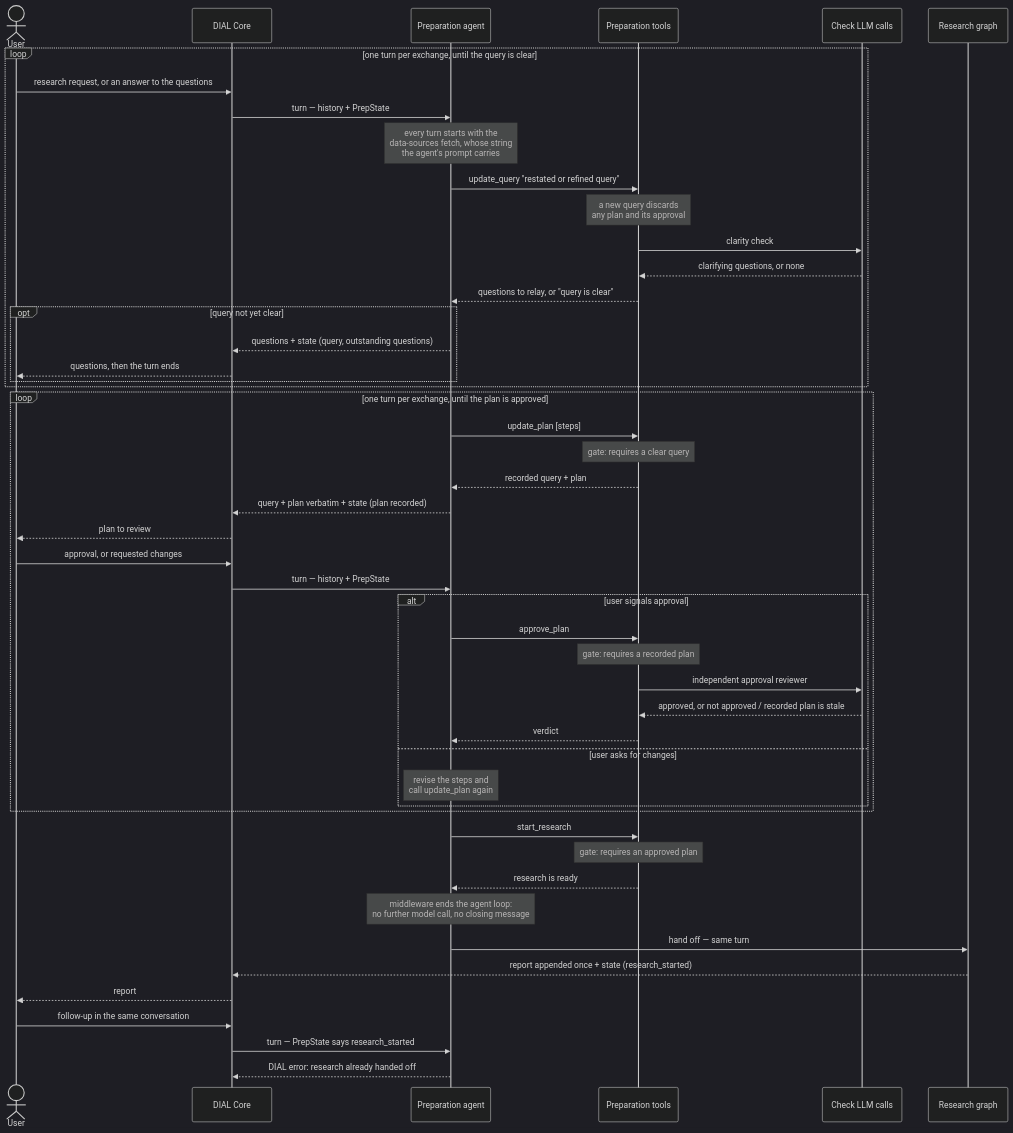
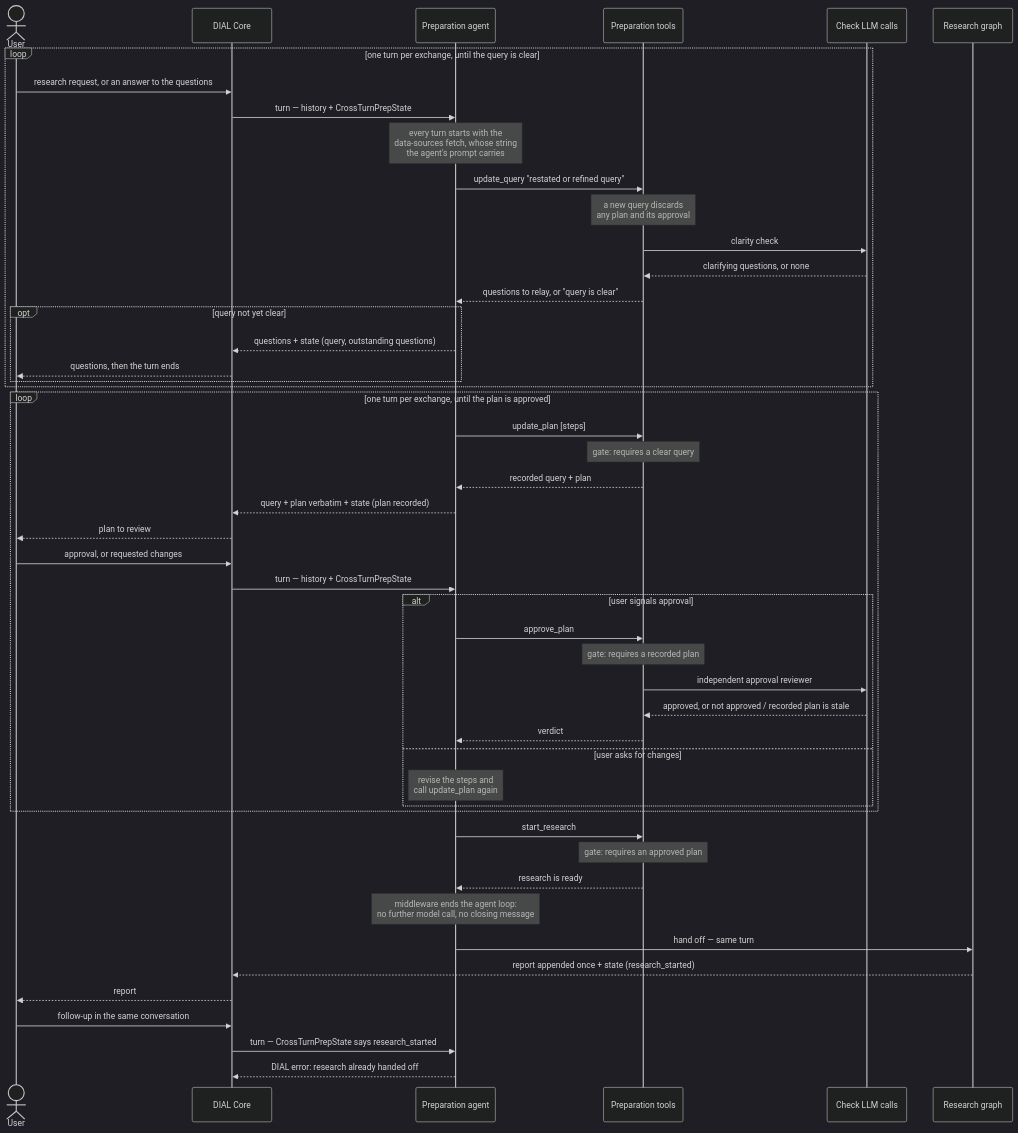
The second of 5 diagrams in docs/architecture.md (epam/ai-dial-deep-research-backend), drawn with Mermaid (dark theme) before and after one commit. The commit also changed other lines of this file and 70 other files, not shown here.

Commit message:
feat: resume research after a failed turn (#106)

````diff
--- a/docs/architecture.md
+++ b/docs/architecture.md
@@ -100,55 +120,55 @@
 ```mermaid
 sequenceDiagram
     actor U as User
     participant C as DIAL Core
     participant A as Preparation agent
     participant T as Preparation tools
     participant L as Check LLM calls
     participant G as Research graph
 
     loop one turn per exchange, until the query is clear
         U->>C: research request, or an answer to the questions
-        C->>A: turn — history + PrepState
+        C->>A: turn — history + CrossTurnPrepState
         Note over A: every turn starts with the<br/>data-sources fetch, whose string<br/>the agent's prompt carries
         A->>T: update_query "restated or refined query"
         Note over T: a new query discards<br/>any plan and its approval
         T->>L: clarity check
         L-->>T: clarifying questions, or none
         T-->>A: questions to relay, or "query is clear"
         opt query not yet clear
             A-->>C: questions + state (query, outstanding questions)
             C-->>U: questions, then the turn ends
         end
     end
 
     loop one turn per exchange, until the plan is approved
         A->>T: update_plan [steps]
         Note over T: gate: requires a clear query
         T-->>A: recorded query + plan
         A-->>C: query + plan verbatim + state (plan recorded)
         C-->>U: plan to review
         U->>C: approval, or requested changes
-        C->>A: turn — history + PrepState
+        C->>A: turn — history + CrossTurnPrepState
         alt user signals approval
             A->>T: approve_plan
             Note over T: gate: requires a recorded plan
             T->>L: independent approval reviewer
             L-->>T: approved, or not approved / recorded plan is stale
             T-->>A: verdict
         else user asks for changes
             Note over A: revise the steps and<br/>call update_plan again
         end
     end
 
     A->>T: start_research
     Note over T: gate: requires an approved plan
     T-->>A: research is ready
     Note over A: middleware ends the agent loop:<br/>no further model call, no closing message
     A->>G: hand off — same turn
     G-->>C: report appended once + state (research_started)
     C-->>U: report
 
     U->>C: follow-up in the same conversation
-    C->>A: turn — PrepState says research_started
+    C->>A: turn — CrossTurnPrepState says research_started
     A-->>C: DIAL error: research already handed off
 ```
````
